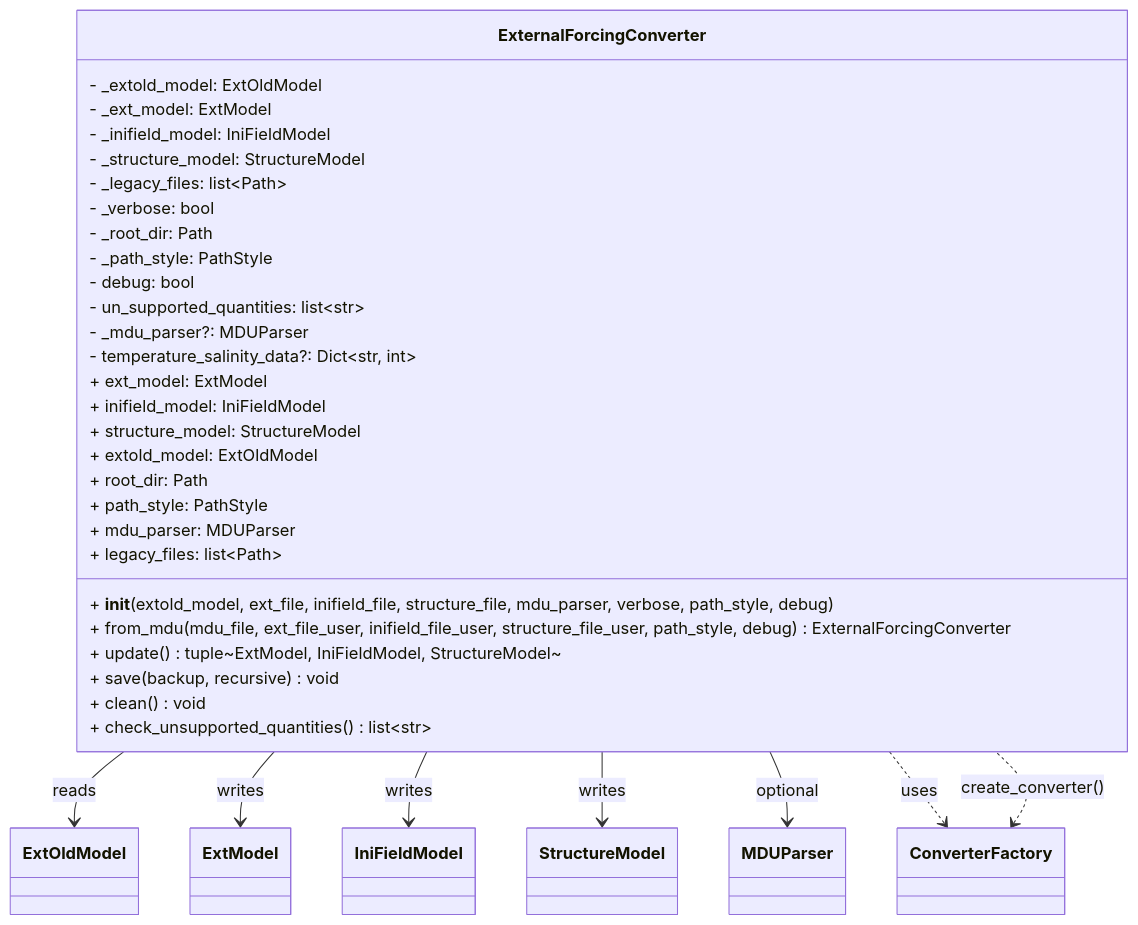
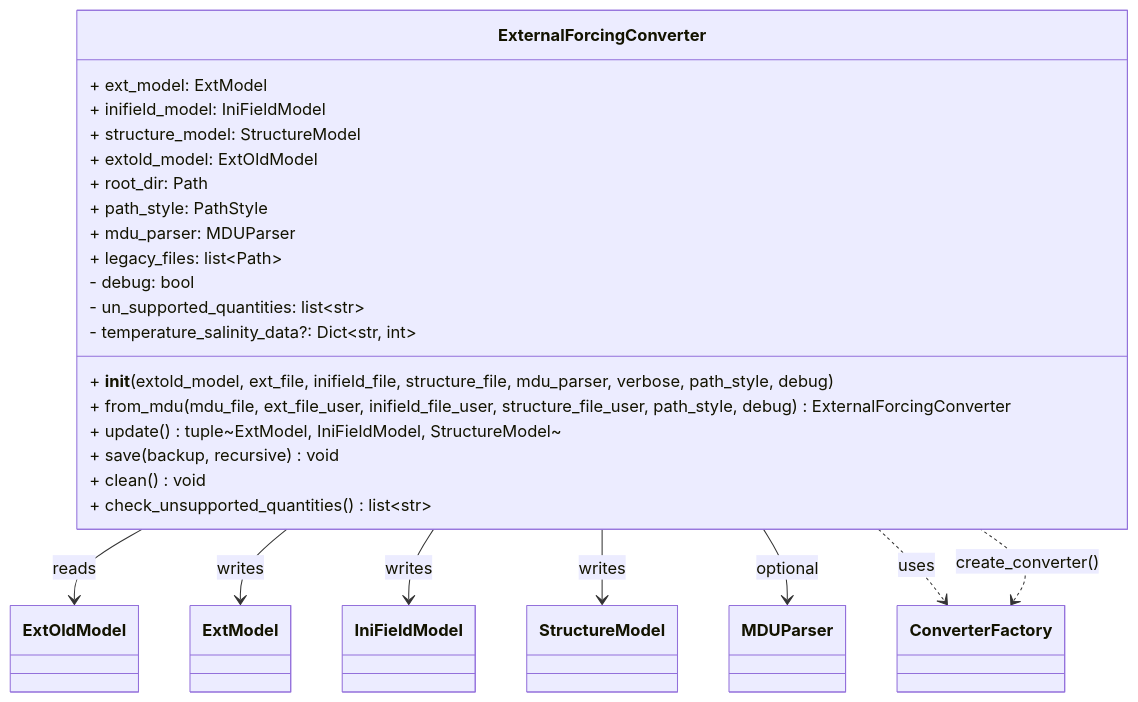
Before and after one commit to Deltares/HYDROLIB-core: the second of 4 diagrams in docs/reference/tools/extforce-convert/extforce_convert.md, drawn with Mermaid. The commit also changed other lines of this file, not shown here.

Commit message:
reorder diagrams

````diff
--- a/docs/reference/tools/extforce-convert/extforce_convert.md
+++ b/docs/reference/tools/extforce-convert/extforce_convert.md
@@ -266,39 +294,30 @@
 ```mermaid
 classDiagram
     class ExternalForcingConverter {
-        - _extold_model: ExtOldModel
-        - _ext_model: ExtModel
-        - _inifield_model: IniFieldModel
-        - _structure_model: StructureModel
-        - _legacy_files: list~Path~
-        - _verbose: bool
-        - _root_dir: Path
-        - _path_style: PathStyle
-        - debug: bool
-        - un_supported_quantities: list~str~
-        - _mdu_parser?: MDUParser
-        - temperature_salinity_data?: Dict~str, int~
         + __init__(extold_model, ext_file, inifield_file, structure_file, mdu_parser, verbose, path_style, debug)
         + from_mdu(mdu_file, ext_file_user, inifield_file_user, structure_file_user, path_style, debug) ExternalForcingConverter
         + update() tuple~ExtModel, IniFieldModel, StructureModel~
         + save(backup, recursive) void
         + clean() void
         + check_unsupported_quantities() list~str~
         + ext_model: ExtModel
         + inifield_model: IniFieldModel
         + structure_model: StructureModel
         + extold_model: ExtOldModel
         + root_dir: Path
         + path_style: PathStyle
         + mdu_parser: MDUParser
         + legacy_files: list~Path~
+        - debug: bool
+        - un_supported_quantities: list~str~
+        - temperature_salinity_data?: Dict~str, int~
     }
 
     ExternalForcingConverter --> ExtOldModel : reads
     ExternalForcingConverter --> ExtModel : writes
     ExternalForcingConverter --> IniFieldModel : writes
     ExternalForcingConverter --> StructureModel : writes
     ExternalForcingConverter --> MDUParser : optional
     ExternalForcingConverter ..> ConverterFactory : uses
     ConverterFactory <.. ExternalForcingConverter : create_converter()
 ```
````
